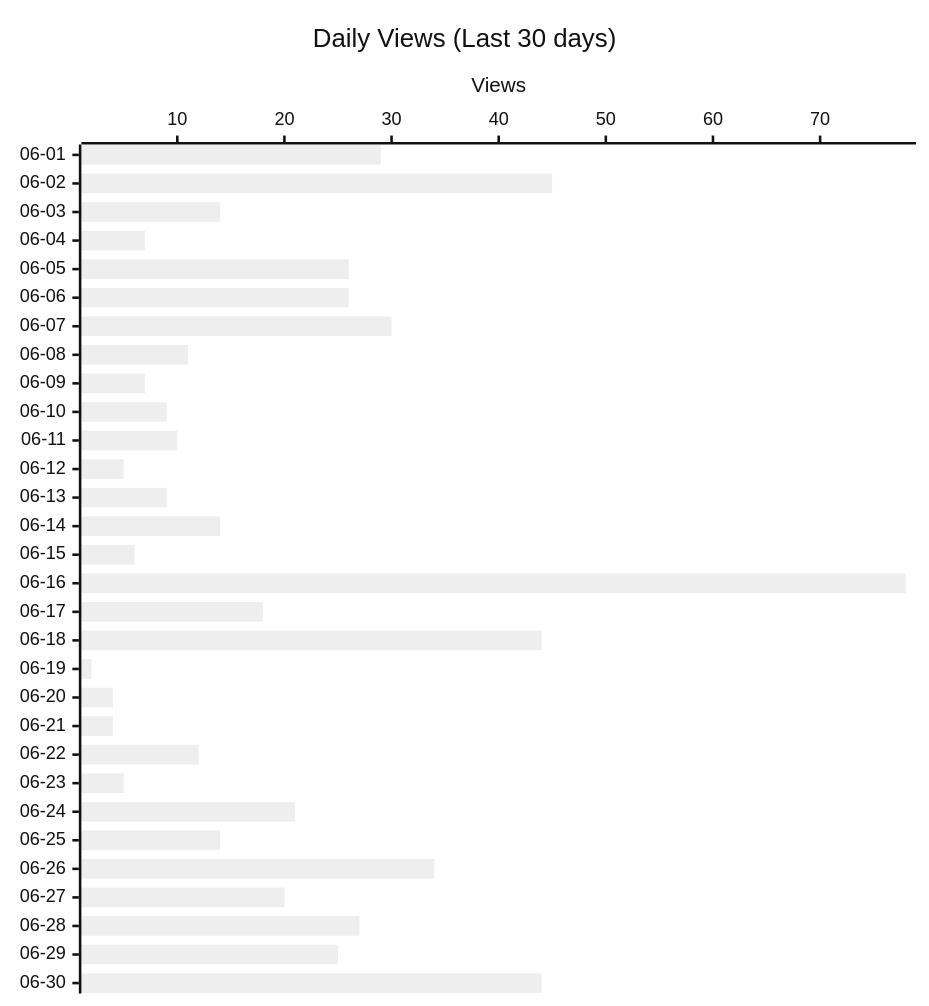
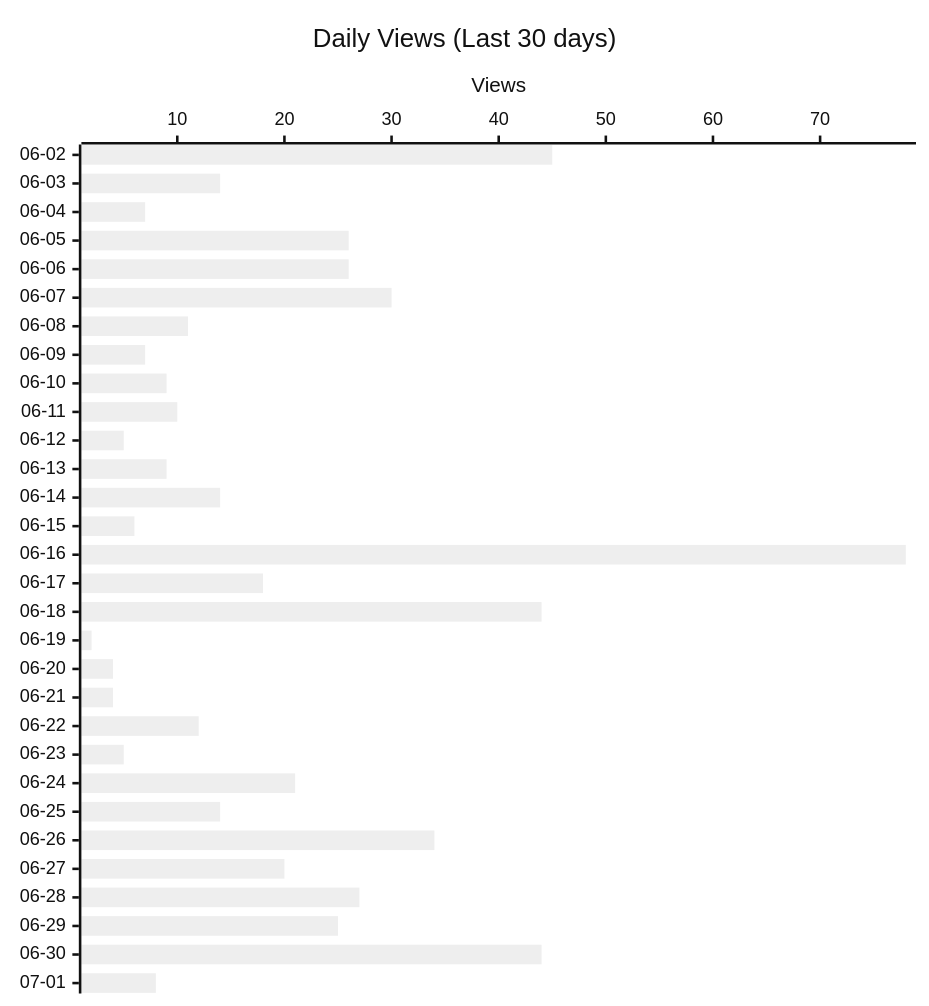
The second of 3 diagrams in README.md (shigechika/github-insights), drawn with Mermaid (neutral theme) before and after one commit. The commit also changed other lines of this file and 2 other files, not shown here.

````diff
--- a/README.md
+++ b/README.md
@@ -28,12 +28,12 @@
 ```mermaid
 ---
 config:
   xyChart:
     height: 760
 ---
 xychart-beta horizontal
     title "Daily Views (Last 30 days)"
-    x-axis ["06-01", "06-02", "06-03", "06-04", "06-05", "06-06", "06-07", "06-08", "06-09", "06-10", "06-11", "06-12", "06-13", "06-14", "06-15", "06-16", "06-17", "06-18", "06-19", "06-20", "06-21", "06-22", "06-23", "06-24", "06-25", "06-26", "06-27", "06-28", "06-29", "06-30"]
+    x-axis ["06-02", "06-03", "06-04", "06-05", "06-06", "06-07", "06-08", "06-09", "06-10", "06-11", "06-12", "06-13", "06-14", "06-15", "06-16", "06-17", "06-18", "06-19", "06-20", "06-21", "06-22", "06-23", "06-24", "06-25", "06-26", "06-27", "06-28", "06-29", "06-30", "07-01"]
     y-axis "Views"
-    bar [29, 45, 14, 7, 26, 26, 30, 11, 7, 9, 10, 5, 9, 14, 6, 78, 18, 44, 2, 4, 4, 12, 5, 21, 14, 34, 20, 27, 25, 44]
+    bar [45, 14, 7, 26, 26, 30, 11, 7, 9, 10, 5, 9, 14, 6, 78, 18, 44, 2, 4, 4, 12, 5, 21, 14, 34, 20, 27, 25, 44, 8]
 ```
````
